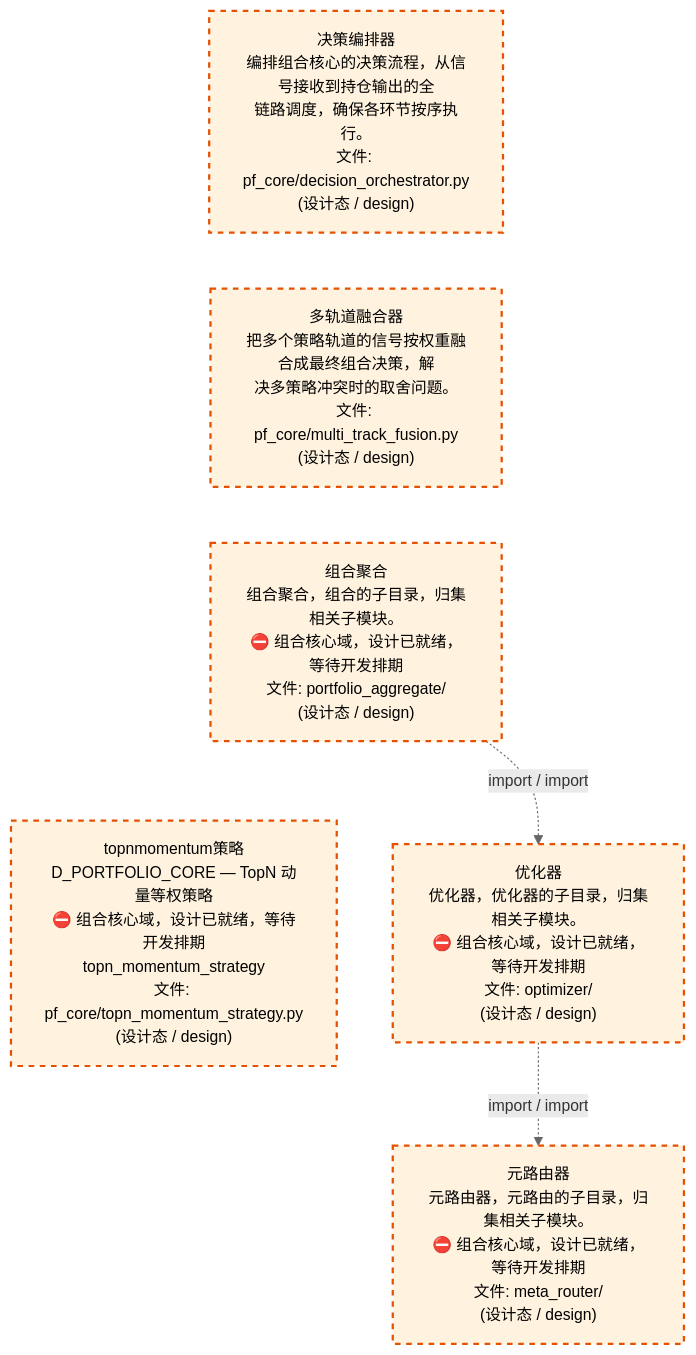
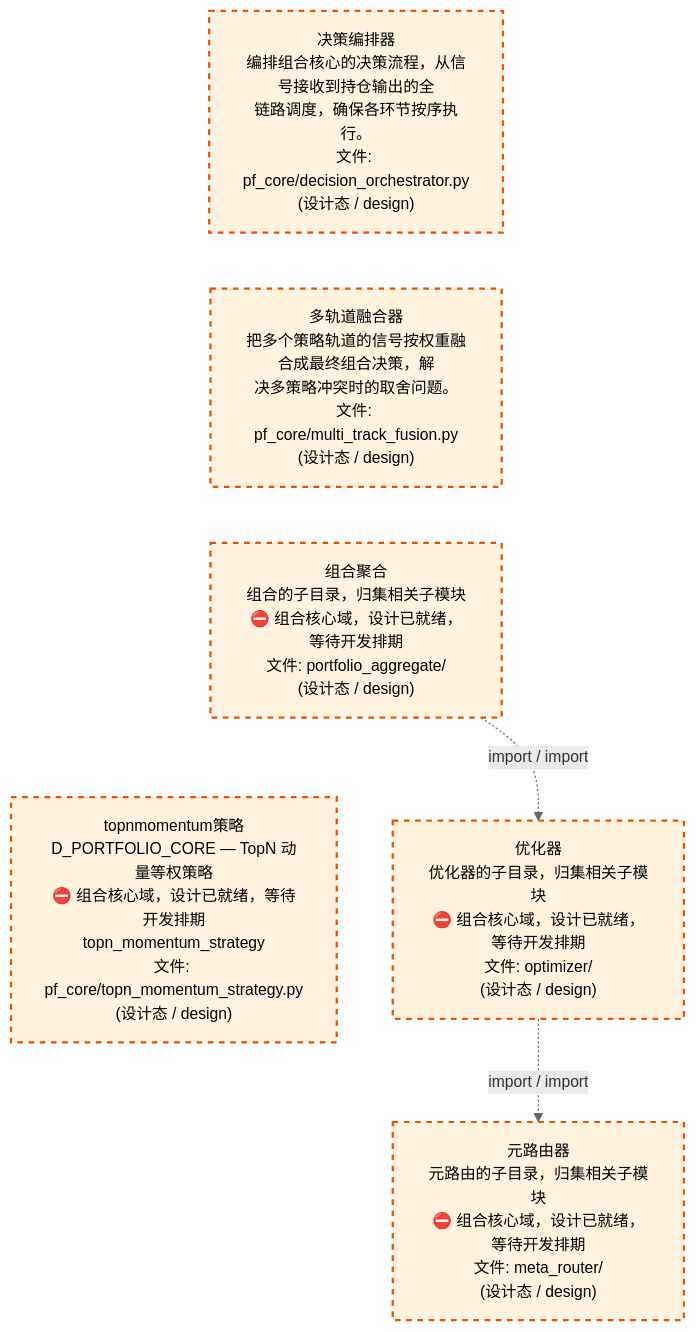
One commit to xuanFelixVan/ZephyrAlpha changed the third of 4 diagrams in docs/02_enterprise_architecture/02_domain_architecture_docs/63_d_pf_core.md. Above: the diagram before and after it, drawn with Mermaid. The commit also changed other lines of this file and 59 other files, not shown here.

````diff
--- a/docs/02_enterprise_architecture/02_domain_architecture_docs/63_d_pf_core.md
+++ b/docs/02_enterprise_architecture/02_domain_architecture_docs/63_d_pf_core.md
@@ -180,20 +180,20 @@
 ```mermaid
 %%{init: {'theme': 'base', 'themeVariables': {'primaryColor': '#eaeaea', 'primaryTextColor': '#333333', 'primaryBorderColor': '#666666', 'lineColor': '#666666', 'secondaryColor': '#eaeaea', 'tertiaryColor': '#eaeaea', 'fontSize': '14px'}}}%%
 flowchart TD
     src_zephyr_pf_core_decision_orchestrator_py["决策编排器<br/>编排组合核心的决策流程，从信号接收到持仓输出的全<br/>链路调度，确保各环节按序执行。<br/>文件: pf_core/decision_orchestrator.py<br/>(设计态 / design)"]
     src_zephyr_pf_core_multi_track_fusion_py["多轨道融合器<br/>把多个策略轨道的信号按权重融合成最终组合决策，解<br/>决多策略冲突时的取舍问题。<br/>文件: pf_core/multi_track_fusion.py<br/>(设计态 / design)"]
-    src_zephyr_pf_core_portfolio_aggregate["组合聚合<br/>组合聚合，组合的子目录，归集相关子模块。<br/>⛔ 组合核心域，设计已就绪，等待开发排期<br/>文件: portfolio_aggregate/<br/>(设计态 / design)"]
+    src_zephyr_pf_core_portfolio_aggregate["组合聚合<br/>组合的子目录，归集相关子模块<br/>⛔ 组合核心域，设计已就绪，等待开发排期<br/>文件: portfolio_aggregate/<br/>(设计态 / design)"]
     src_zephyr_pf_core_topn_momentum_strategy_py["topnmomentum策略<br/>D_PORTFOLIO_CORE — TopN 动量等权策略<br/>⛔ 组合核心域，设计已就绪，等待开发排期<br/>topn_momentum_strategy<br/>文件: pf_core/topn_momentum_strategy.py<br/>(设计态 / design)"]
     src_zephyr_pf_core_decision_orchestrator_py ~~~ src_zephyr_pf_core_multi_track_fusion_py
     src_zephyr_pf_core_multi_track_fusion_py ~~~ src_zephyr_pf_core_portfolio_aggregate
     src_zephyr_pf_core_portfolio_aggregate ~~~ src_zephyr_pf_core_topn_momentum_strategy_py
-    src_zephyr_pf_core_optimizer["优化器<br/>优化器，优化器的子目录，归集相关子模块。<br/>⛔ 组合核心域，设计已就绪，等待开发排期<br/>文件: optimizer/<br/>(设计态 / design)"]
-    src_zephyr_pf_core_meta_router["元路由器<br/>元路由器，元路由的子目录，归集相关子模块。<br/>⛔ 组合核心域，设计已就绪，等待开发排期<br/>文件: meta_router/<br/>(设计态 / design)"]
+    src_zephyr_pf_core_optimizer["优化器<br/>优化器的子目录，归集相关子模块<br/>⛔ 组合核心域，设计已就绪，等待开发排期<br/>文件: optimizer/<br/>(设计态 / design)"]
+    src_zephyr_pf_core_meta_router["元路由器<br/>元路由的子目录，归集相关子模块<br/>⛔ 组合核心域，设计已就绪，等待开发排期<br/>文件: meta_router/<br/>(设计态 / design)"]
     src_zephyr_pf_core_optimizer -.->|import / import| src_zephyr_pf_core_meta_router
     src_zephyr_pf_core_portfolio_aggregate -.->|import / import| src_zephyr_pf_core_optimizer
     classDef production fill:#e1f5fe,stroke:#01579b,stroke-width:2px,color:#000
     classDef design fill:#fff3e0,stroke:#e65100,stroke-width:2px,color:#000,stroke-dasharray: 5 5
     classDef external_prod fill:#e8f4fd,stroke:#0277bd,stroke-width:1px,color:#000
     classDef external_design fill:#fff8e7,stroke:#ef6c00,stroke-width:1px,color:#000,stroke-dasharray: 5 5
     class src_zephyr_pf_core_decision_orchestrator_py,src_zephyr_pf_core_meta_router,src_zephyr_pf_core_multi_track_fusion_py,src_zephyr_pf_core_optimizer,src_zephyr_pf_core_portfolio_aggregate,src_zephyr_pf_core_topn_momentum_strategy_py design
 ```
````
